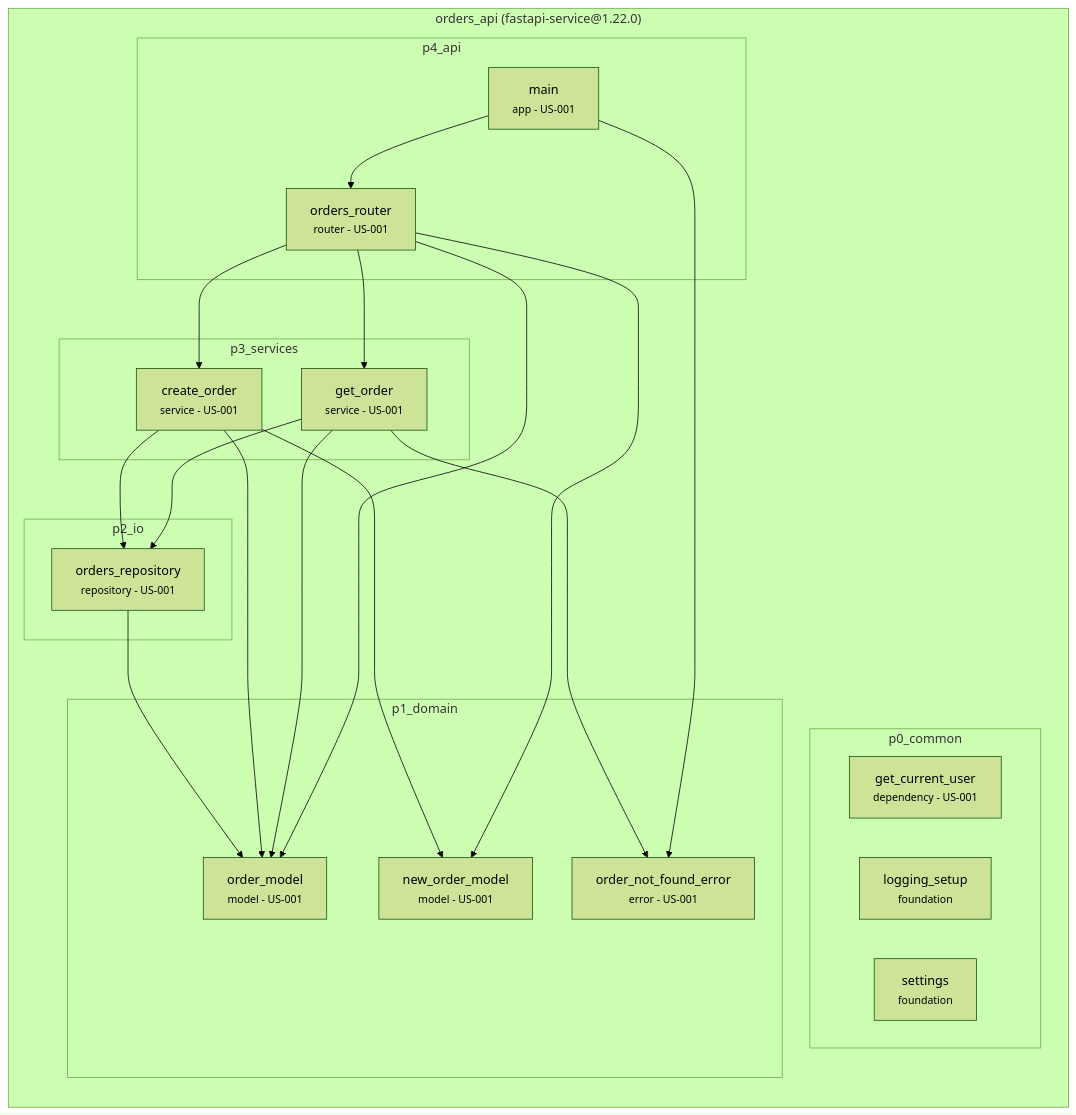
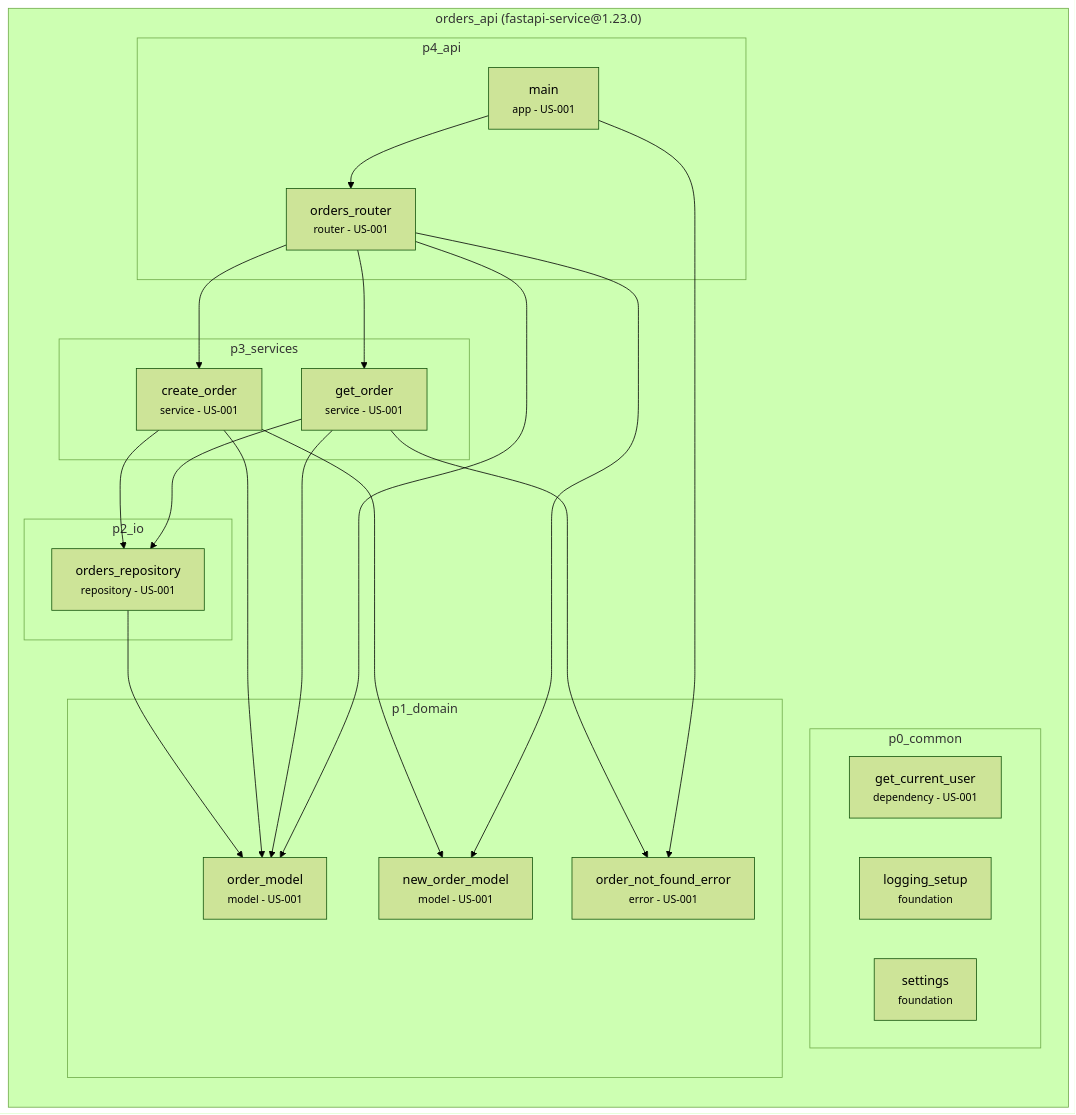
The diagram in contract/archvow/examples/fastapi-service/.archvow/spec.md (archvow/archvow-plugin), drawn with Mermaid (forest theme) before and after one commit. The commit also changed 150 other files, not shown here.

````diff
--- a/contract/archvow/examples/fastapi-service/.archvow/spec.md
+++ b/contract/archvow/examples/fastapi-service/.archvow/spec.md
@@ -11,41 +11,41 @@
 ```mermaid
 flowchart TB
-  subgraph orders_api["orders_api (fastapi-service@1.22.0)"]
+  subgraph orders_api["orders_api (fastapi-service@1.23.0)"]
     direction TB
     subgraph orders_api__p0_common["p0_common"]
       orders_api__get_current_user["get_current_user<br/><small>dependency - US-001</small>"]
       orders_api__logging_setup["logging_setup<br/><small>foundation</small>"]
       orders_api__settings["settings<br/><small>foundation</small>"]
     end
     subgraph orders_api__p1_domain["p1_domain"]
       orders_api__new_order_model["new_order_model<br/><small>model - US-001</small>"]
       orders_api__order_model["order_model<br/><small>model - US-001</small>"]
       orders_api__order_not_found_error["order_not_found_error<br/><small>error - US-001</small>"]
     end
     subgraph orders_api__p2_io["p2_io"]
       orders_api__orders_repository["orders_repository<br/><small>repository - US-001</small>"]
     end
     subgraph orders_api__p3_services["p3_services"]
       orders_api__create_order["create_order<br/><small>service - US-001</small>"]
       orders_api__get_order["get_order<br/><small>service - US-001</small>"]
     end
     subgraph orders_api__p4_api["p4_api"]
       orders_api__main["main<br/><small>app - US-001</small>"]
       orders_api__orders_router["orders_router<br/><small>router - US-001</small>"]
     end
   end
   orders_api__orders_repository --> orders_api__order_model
   orders_api__create_order --> orders_api__order_model
   orders_api__create_order --> orders_api__new_order_model
   orders_api__create_order --> orders_api__orders_repository
   orders_api__get_order --> orders_api__order_model
   orders_api__get_order --> orders_api__order_not_found_error
   orders_api__get_order --> orders_api__orders_repository
   orders_api__main --> orders_api__orders_router
   orders_api__main --> orders_api__order_not_found_error
   orders_api__orders_router --> orders_api__create_order
   orders_api__orders_router --> orders_api__get_order
   orders_api__orders_router --> orders_api__order_model
   orders_api__orders_router --> orders_api__new_order_model
   classDef empty fill:none,stroke:none
 ```
````
